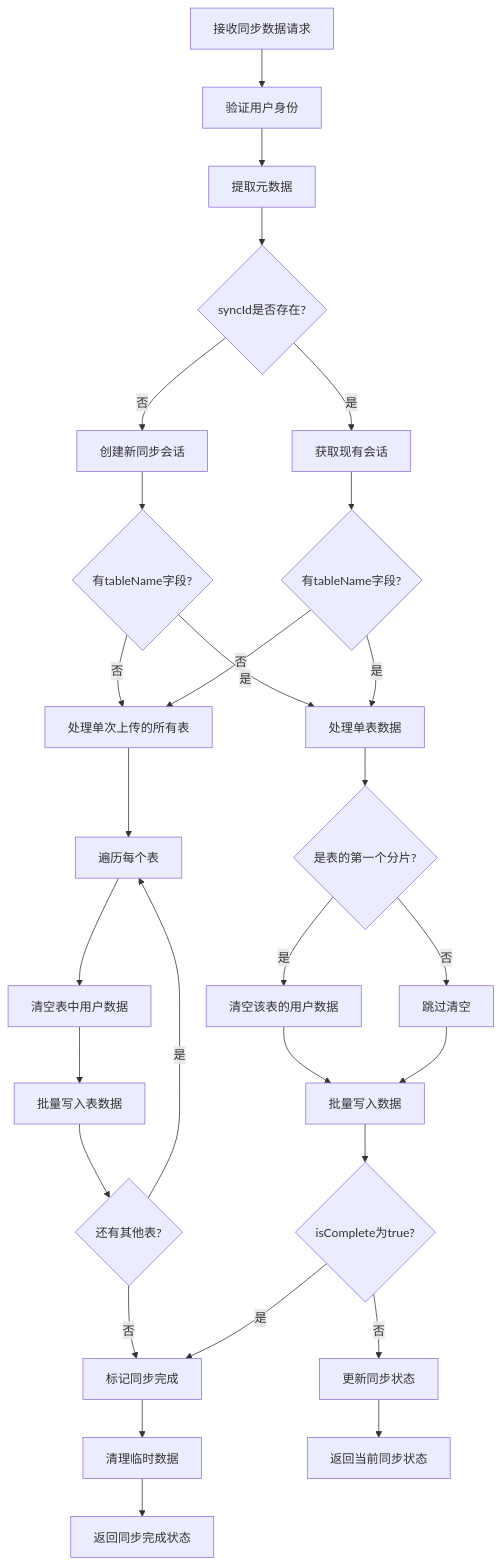
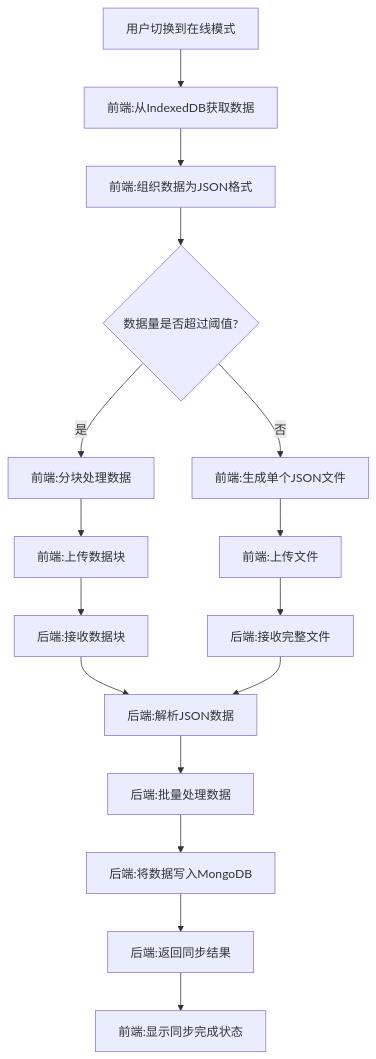
One commit to yingjianzh/iodraw-files changed the diagram in all/未命名-60.md. Above: the diagram before and after it, drawn with Mermaid.

Commit message:
2025-05-15 10:41:31 update

````diff
--- a/all/未命名-60.md
+++ b/all/未命名-60.md
@@ -1,43 +1,21 @@
 ```mermaid
 
 flowchart TD
-    A[接收同步数据请求] --> B[验证用户身份]
-    B --> C[提取元数据]
-    C --> D{syncId是否存在?}
-    
-    %% 新同步会话
-    D -->|否| E[创建新同步会话]
-    E --> F{有tableName字段?}
-    
-    %% 小数据量处理
-    F -->|否| G[处理单次上传的所有表]
-    G --> H[遍历每个表]
-    H --> I[清空表中用户数据]
-    I --> J[批量写入表数据]
-    J --> K{还有其他表?}
-    K -->|是| H
-    K -->|否| L[标记同步完成]
-    
-    %% 分表上传处理
-    F -->|是| M[处理单表数据]
-    M --> N{是表的第一个分片?}
-    N -->|是| O[清空该表的用户数据]
-    N -->|否| P[跳过清空]
-    O --> Q[批量写入数据]
-    P --> Q
-    
-    %% 现有同步会话
-    D -->|是| R[获取现有会话]
-    R --> S{有tableName字段?}
-    S -->|是| M
-    S -->|否| G
-    
-    %% 后续处理
-    Q --> T{isComplete为true?}
-    T -->|是| L
-    T -->|否| U[更新同步状态]
-    L --> V[清理临时数据]
-    V --> W[返回同步完成状态]
-    U --> X[返回当前同步状态]
+    A[用户切换到在线模式] --> B[前端:从IndexedDB获取数据]
+    B --> C[前端:组织数据为JSON格式]
+    C --> D{数据量是否超过阈值?}
+    D -->|是| E[前端:分块处理数据]
+    D -->|否| F[前端:生成单个JSON文件]
+    E --> G[前端:上传数据块]
+    F --> H[前端:上传文件]
+    G --> I[后端:接收数据块]
+    H --> J[后端:接收完整文件]
+    I --> K[后端:解析JSON数据]
+    J --> K
+    K --> L[后端:批量处理数据]
+    L --> M[后端:将数据写入MongoDB]
+    M --> N[后端:返回同步结果]
+    N --> O[前端:显示同步完成状态]
+
 
 ```
````
